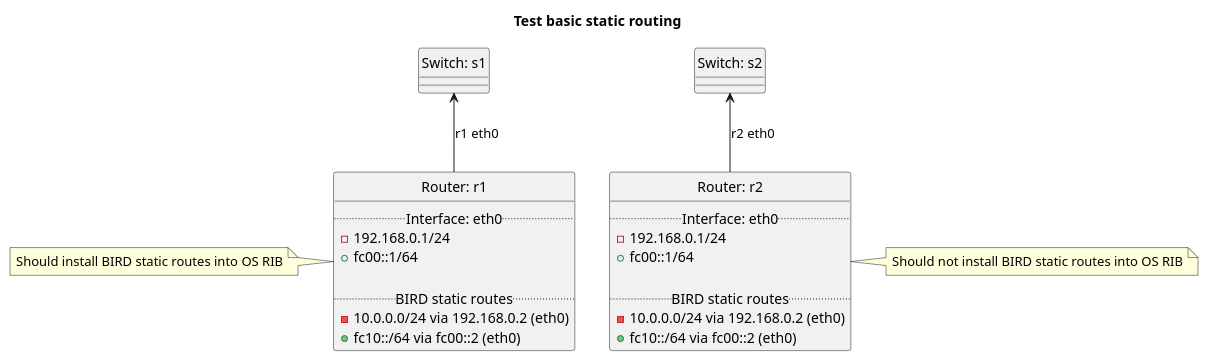
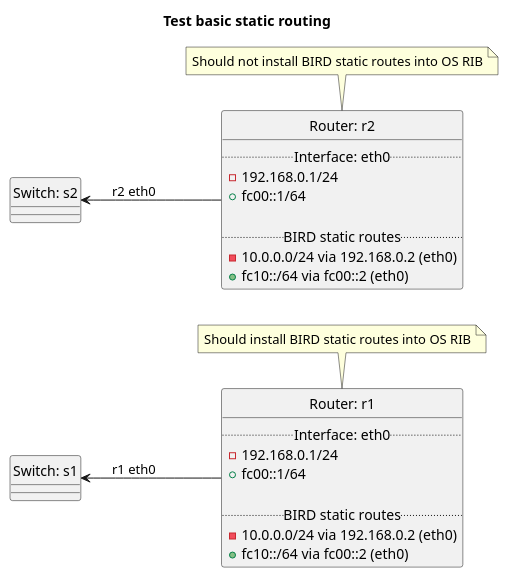
Before and after one commit to oscdev-io/birdplan: the diagram in tests/static/README.md, drawn with PlantUML. The commit also changed 1 other file, not shown here.

Commit message:
tests: Use left to right layout in diagrams

````diff
--- a/tests/static/README.md
+++ b/tests/static/README.md
@@ -6,40 +6,40 @@
 ```plantuml
 @startuml
 hide circle
 title Test basic static routing
-
+left to right direction
 
 class "Router: r1" {
   .. Interface: eth0 ..
 - 192.168.0.1/24
 + fc00::1/64
 
   .. BIRD static routes ..
 - 10.0.0.0/24 via 192.168.0.2 (eth0)
 + fc10::/64 via fc00::2 (eth0)
 }
-note left: Should install BIRD static routes into OS RIB
+note top: Should install BIRD static routes into OS RIB
 
 
 class "Router: r2" {
   .. Interface: eth0 ..
 - 192.168.0.1/24
 + fc00::1/64
 
   .. BIRD static routes ..
 - 10.0.0.0/24 via 192.168.0.2 (eth0)
 + fc10::/64 via fc00::2 (eth0)
 }
-note right: Should not install BIRD static routes into OS RIB
+note top: Should not install BIRD static routes into OS RIB
 
 
 class "Switch: s1" {}
 class "Switch: s2" {}
 
 
 "Switch: s2" <-down- "Router: r2": r2 eth0
 "Switch: s1" <-down- "Router: r1": r1 eth0
 
 
 @enduml
 ```
````
